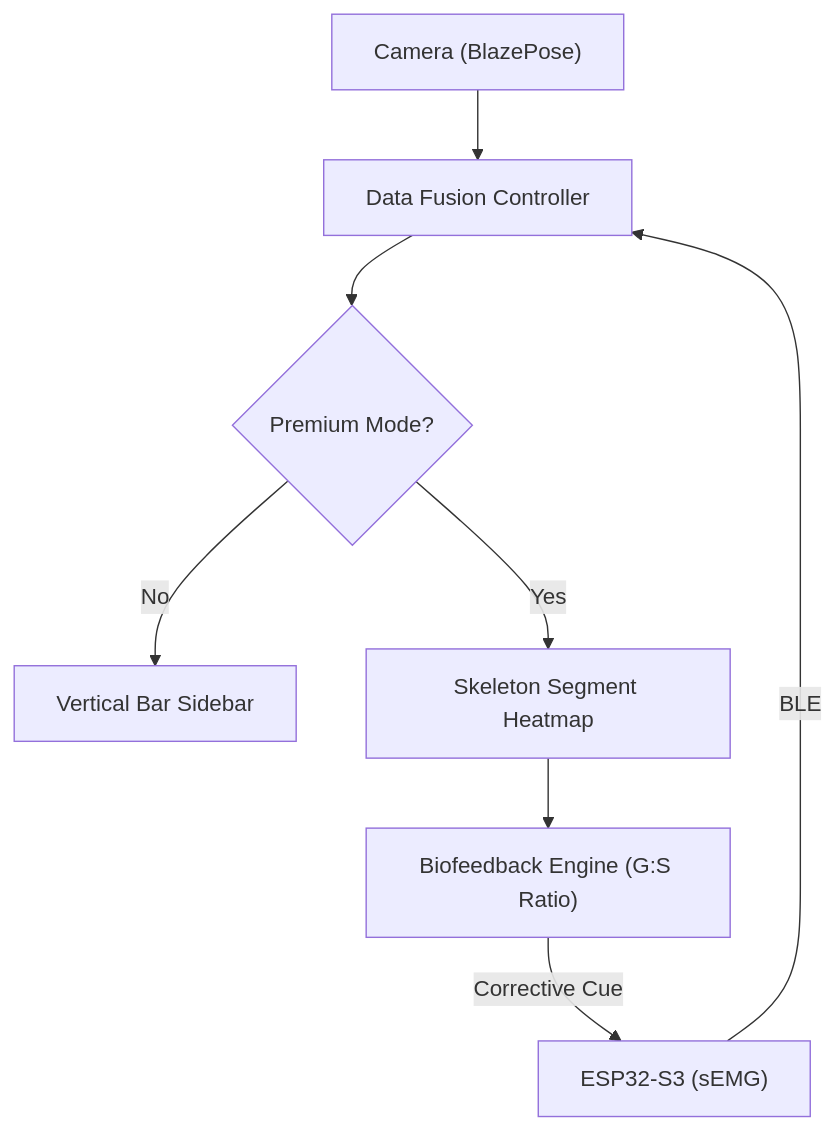
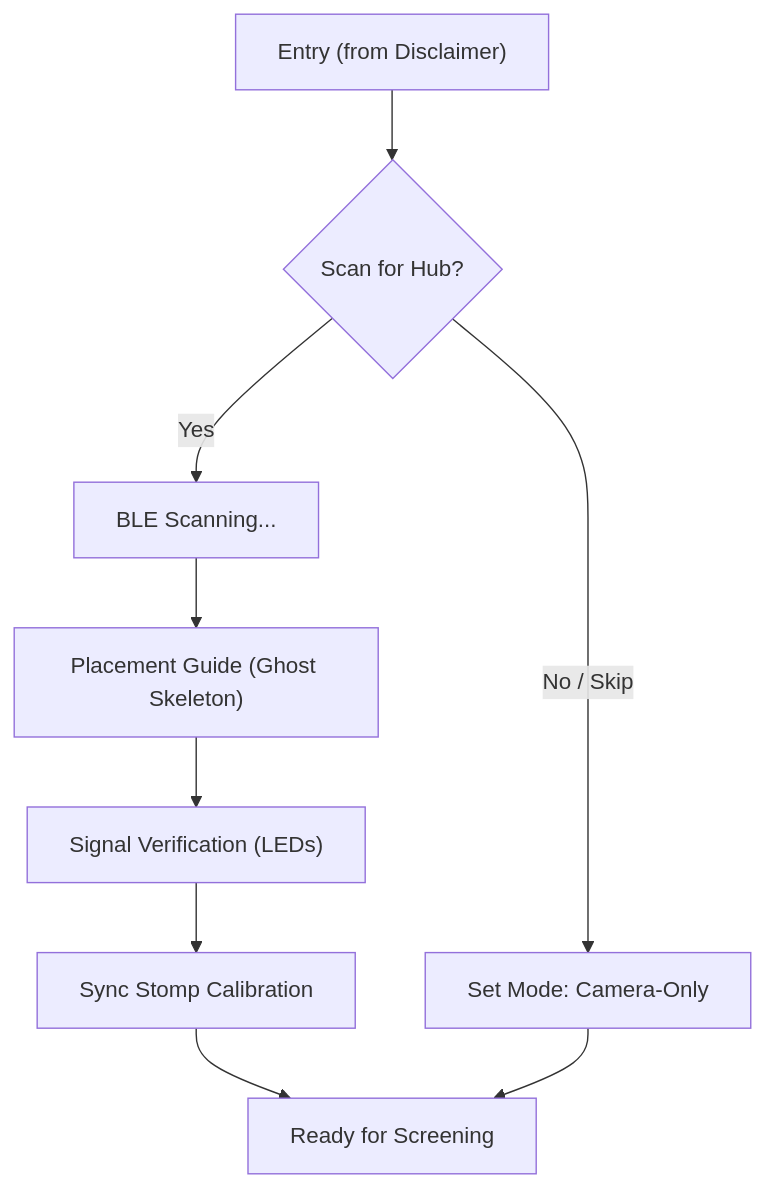
One commit to Bioliminal/bioliminal-mobile-application changed the diagram in MODIFICATION_DESIGN.md. Above: the diagram before and after it, drawn with Mermaid. The commit also changed other lines of this file and 8 other files, not shown here.

````diff
--- a/MODIFICATION_DESIGN.md
+++ b/MODIFICATION_DESIGN.md
@@ -39,10 +31,11 @@
 ```mermaid
 graph TD
-    A["Camera (BlazePose)"] --> B["Data Fusion Controller"]
-    C["ESP32-S3 (sEMG)"] -- "BLE" --> B
-    B --> D{"Premium Mode?"}
-    D -- "No" --> E["Vertical Bar Sidebar"]
-    D -- "Yes" --> F["Skeleton Segment Heatmap"]
-    F --> G["Biofeedback Engine (G:S Ratio)"]
-    G -- "Corrective Cue" --> C
+    A["Entry (from Disclaimer)"] --> B{"Scan for Hub?"}
+    B -- "No / Skip" --> C["Set Mode: Camera-Only"]
+    B -- "Yes" --> D["BLE Scanning..."]
+    D --> E["Placement Guide (Ghost Skeleton)"]
+    E --> F["Signal Verification (LEDs)"]
+    F --> G["Sync Stomp Calibration"]
+    G --> H["Ready for Screening"]
+    C --> H
 ```
````
